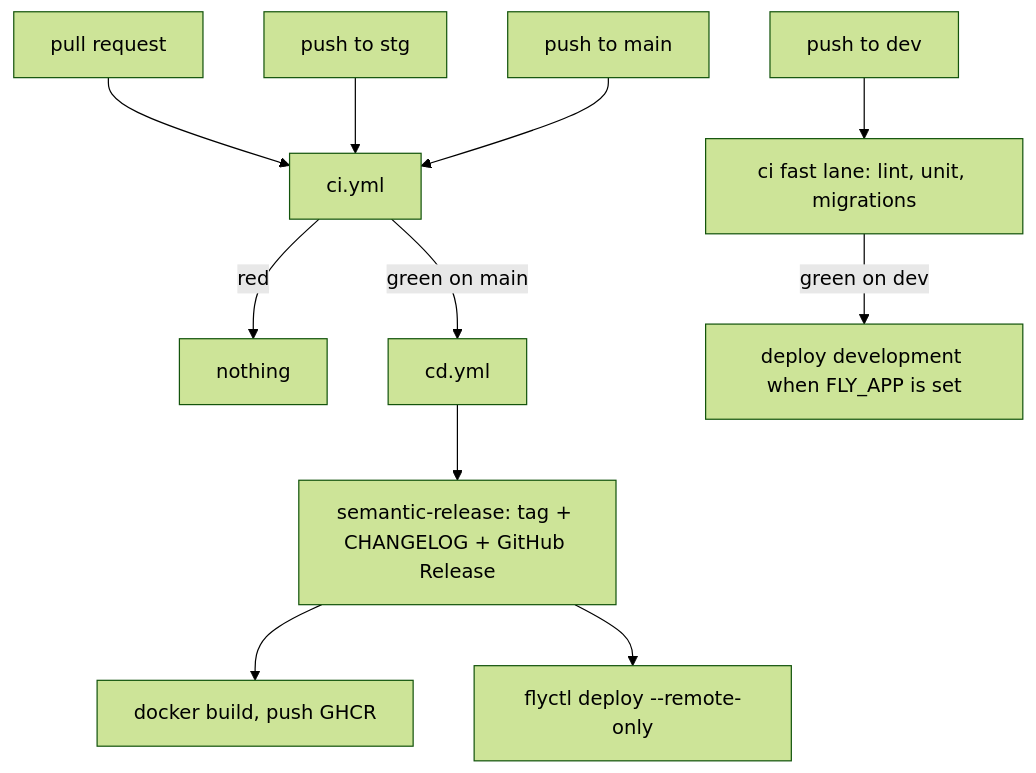
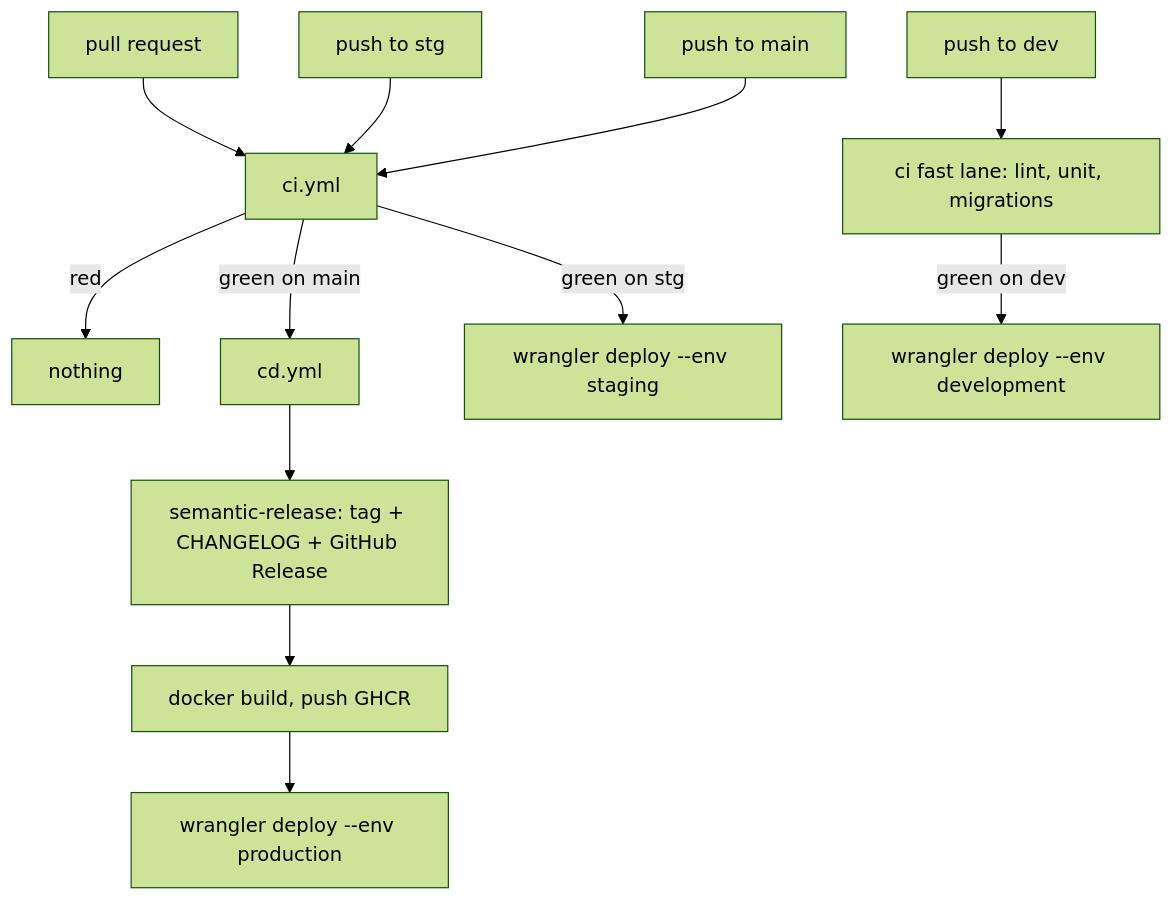
The diagram in docs/deployment.md (kwami-labs/kwami-lk-api), drawn with Mermaid (forest theme) before and after one commit. The commit also changed other lines of this file and 139 other files, not shown here.

````diff
--- a/docs/deployment.md
+++ b/docs/deployment.md
@@ -8,15 +8,16 @@
 ```mermaid
 flowchart TD
   PR["pull request"] --> CI["ci.yml"]
   DEV["push to dev"] --> FAST["ci fast lane: lint, unit, migrations"]
   STG["push to stg"] --> CI
   MAIN["push to main"] --> CI
 
   CI -->|red| STOP[nothing]
   CI -->|green on main| CD["cd.yml"]
-  FAST -->|green on dev| DEVDEP["deploy development when FLY_APP is set"]
+  CI -->|green on stg| STGDEP["wrangler deploy --env staging"]
+  FAST -->|green on dev| DEVDEP["wrangler deploy --env development"]
 
   CD --> REL["semantic-release: tag + CHANGELOG + GitHub Release"]
   REL --> PUB["docker build, push GHCR"]
-  REL --> FLY["flyctl deploy --remote-only"]
+  PUB --> CF["wrangler deploy --env production"]
 ```
````
